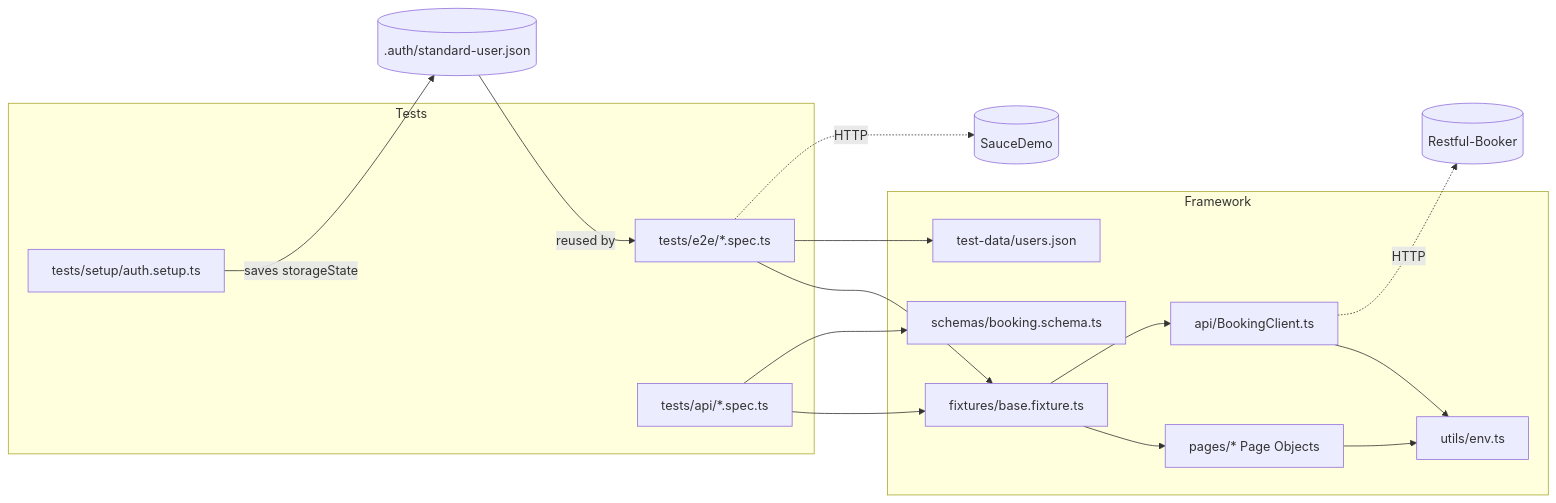
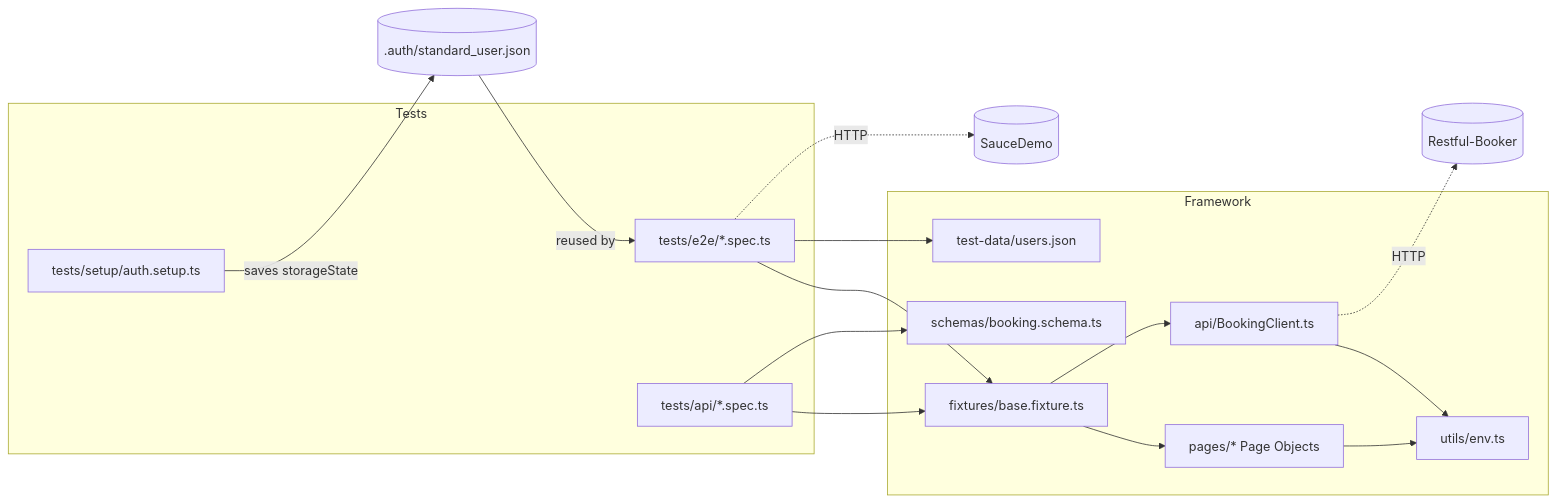
One commit to HiAvi-tester/playwright-ts-enterprise-framework changed the first of 2 diagrams in README.md. Above: the diagram before and after it, drawn with Mermaid. The commit also changed other lines of this file and 17 other files, not shown here.

````diff
--- a/README.md
+++ b/README.md
@@ -20,31 +20,31 @@
 ```mermaid
 flowchart LR
     subgraph Tests
         E2E[tests/e2e/*.spec.ts]
         API[tests/api/*.spec.ts]
         SETUP[tests/setup/auth.setup.ts]
     end
 
     subgraph Framework
         FIX[fixtures/base.fixture.ts]
         POM[pages/*  Page Objects]
         CLIENT[api/BookingClient.ts]
         SCHEMA[schemas/booking.schema.ts]
         ENV[utils/env.ts]
         DATA[test-data/users.json]
     end
 
-    SETUP -- saves storageState --> AUTH[(.auth/standard-user.json)]
+    SETUP -- saves storageState --> AUTH[(.auth/standard_user.json)]
     AUTH -- reused by --> E2E
     E2E --> FIX
     API --> FIX
     FIX --> POM
     FIX --> CLIENT
     API --> SCHEMA
     POM --> ENV
     CLIENT --> ENV
     E2E --> DATA
 
     E2E -. HTTP .-> SD[(SauceDemo)]
     CLIENT -. HTTP .-> RB[(Restful-Booker)]
 ```
````
